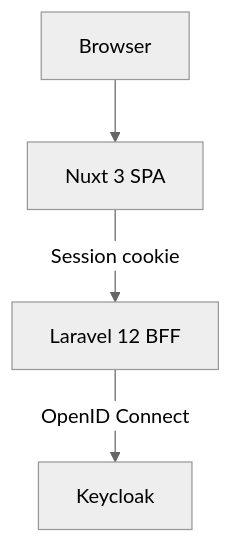
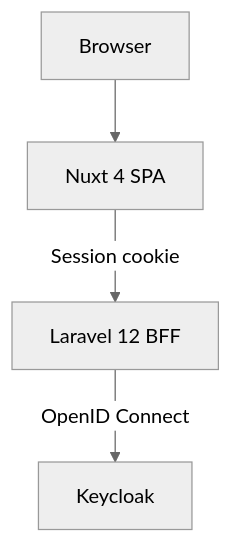
The first of 2 diagrams in README.md (uchemcolin/bakery-spa), drawn with Mermaid (neutral theme) before and after one commit. The commit also changed 2 other files, not shown here.

Commit message:
Changed all Nuxt 3 to Nuxt 4

````diff
--- a/README.md
+++ b/README.md
@@ -15,6 +15,6 @@
 ```mermaid
 flowchart TD
-    A[Browser] --> B[Nuxt 3 SPA]
+    A[Browser] --> B[Nuxt 4 SPA]
     B -->|Session cookie| C[Laravel 12 BFF]
     C -->|OpenID Connect| D[Keycloak]
 ```
````
